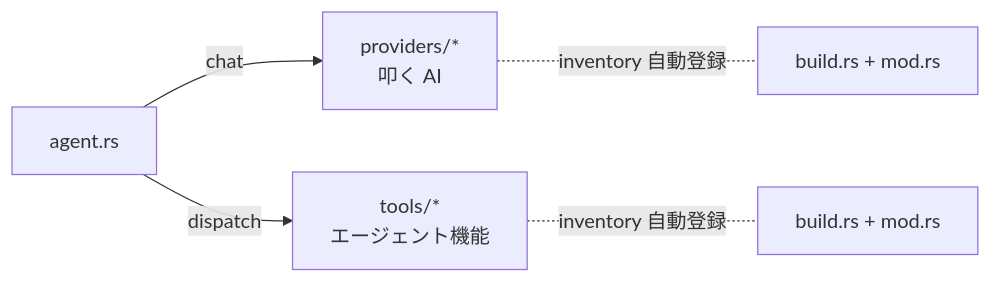
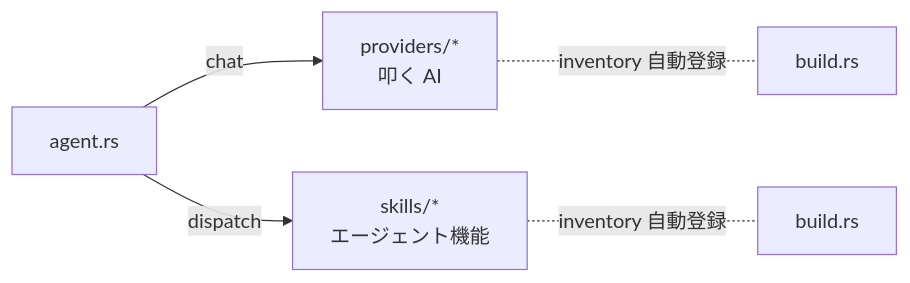
One commit to benybeny777/PicoAgent changed the diagram in README.md. Above: the diagram before and after it, drawn with Mermaid. The commit also changed other lines of this file and 1 other file, not shown here.

````diff
--- a/README.md
+++ b/README.md
@@ -75,7 +278,7 @@
 ```mermaid
 graph LR
     A[agent.rs] -->|chat| P[providers/*<br/>叩く AI]
-    A -->|dispatch| T[tools/*<br/>エージェント機能]
-    P -. inventory 自動登録 .- PI[build.rs + mod.rs]
-    T -. inventory 自動登録 .- TI[build.rs + mod.rs]
+    A -->|dispatch| T[skills/*<br/>エージェント機能]
+    P -. inventory 自動登録 .- PI[build.rs]
+    T -. inventory 自動登録 .- TI[build.rs]
 ```
````
